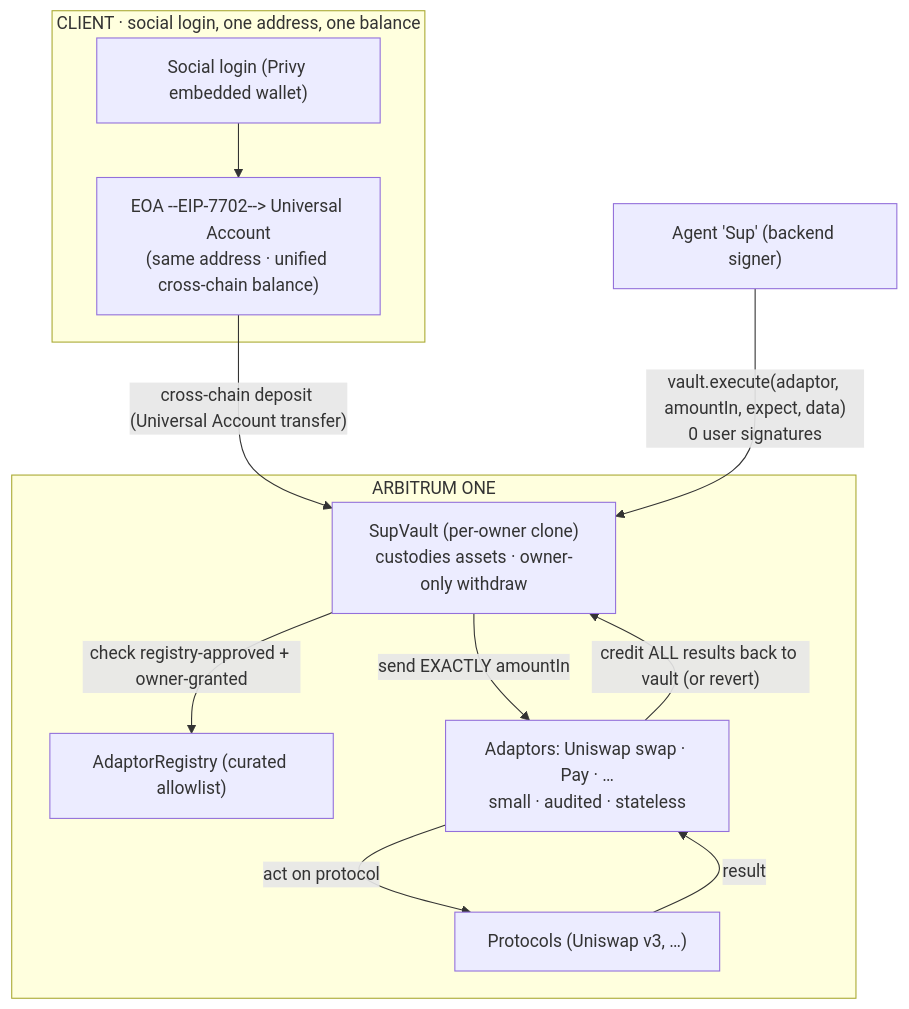
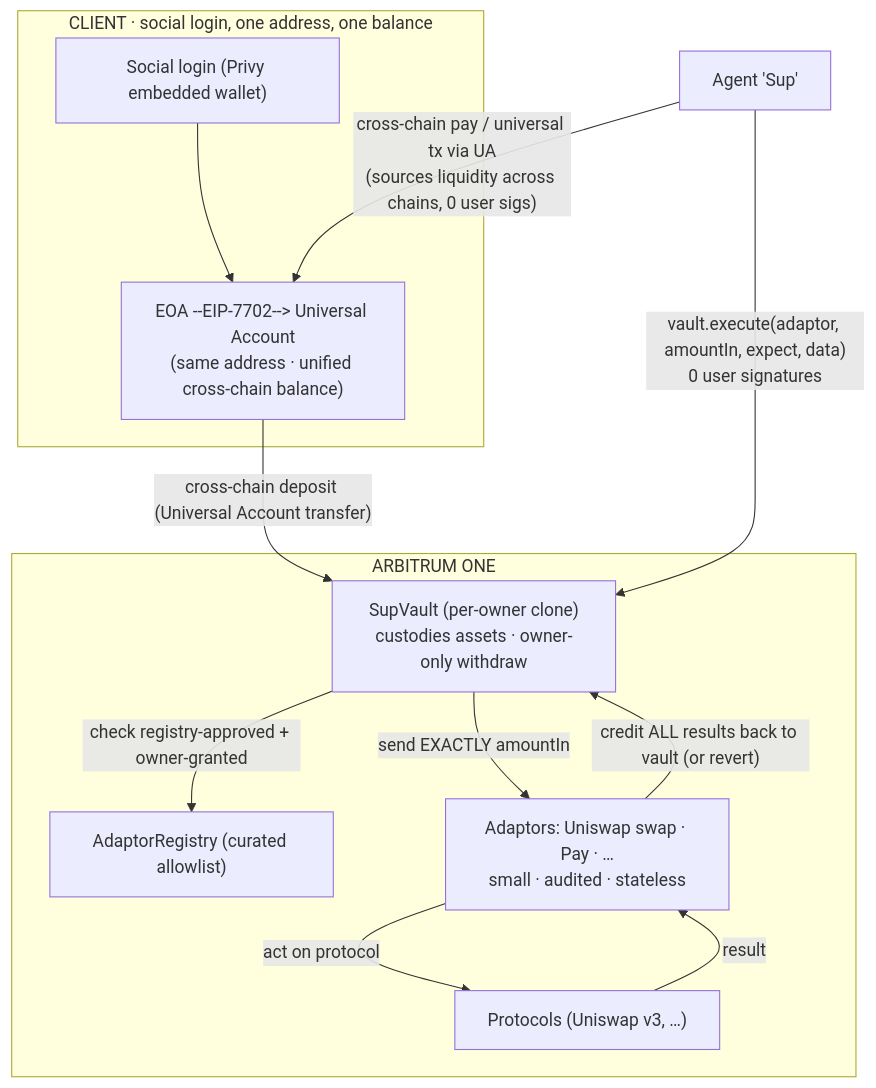
One commit to Sup-Wallet/supwallet-evm-universal changed the first of 2 diagrams in README.md. Above: the diagram before and after it, drawn with Mermaid. The commit also changed other lines of this file and 1 other file, not shown here.

First line of the commit message:
Give Particle Universal Accounts their due (track-central)

````diff
--- a/README.md
+++ b/README.md
@@ -49,23 +49,24 @@
 ```mermaid
 flowchart TB
     subgraph client["CLIENT · social login, one address, one balance"]
         L["Social login (Privy embedded wallet)"]
         UA["EOA --EIP-7702--> Universal Account<br/>(same address · unified cross-chain balance)"]
         L --> UA
     end
 
     subgraph chain["ARBITRUM ONE"]
         V["SupVault (per-owner clone)<br/>custodies assets · owner-only withdraw"]
         REG["AdaptorRegistry (curated allowlist)"]
         AD["Adaptors: Uniswap swap · Pay · …<br/>small · audited · stateless"]
         PROT["Protocols (Uniswap v3, …)"]
     end
 
     UA -- "cross-chain deposit (Universal Account transfer)" --> V
-    AGENT["Agent 'Sup' (backend signer)"] -- "vault.execute(adaptor, amountIn, expect, data)<br/>0 user signatures" --> V
+    AGENT["Agent 'Sup'"] -- "cross-chain pay / universal tx via UA<br/>(sources liquidity across chains, 0 user sigs)" --> UA
+    AGENT -- "vault.execute(adaptor, amountIn, expect, data)<br/>0 user signatures" --> V
     V -- "check registry-approved + owner-granted" --> REG
     V -- "send EXACTLY amountIn" --> AD
     AD -- "act on protocol" --> PROT
     PROT -- "result" --> AD
     AD -- "credit ALL results back to vault (or revert)" --> V
 ```
````
